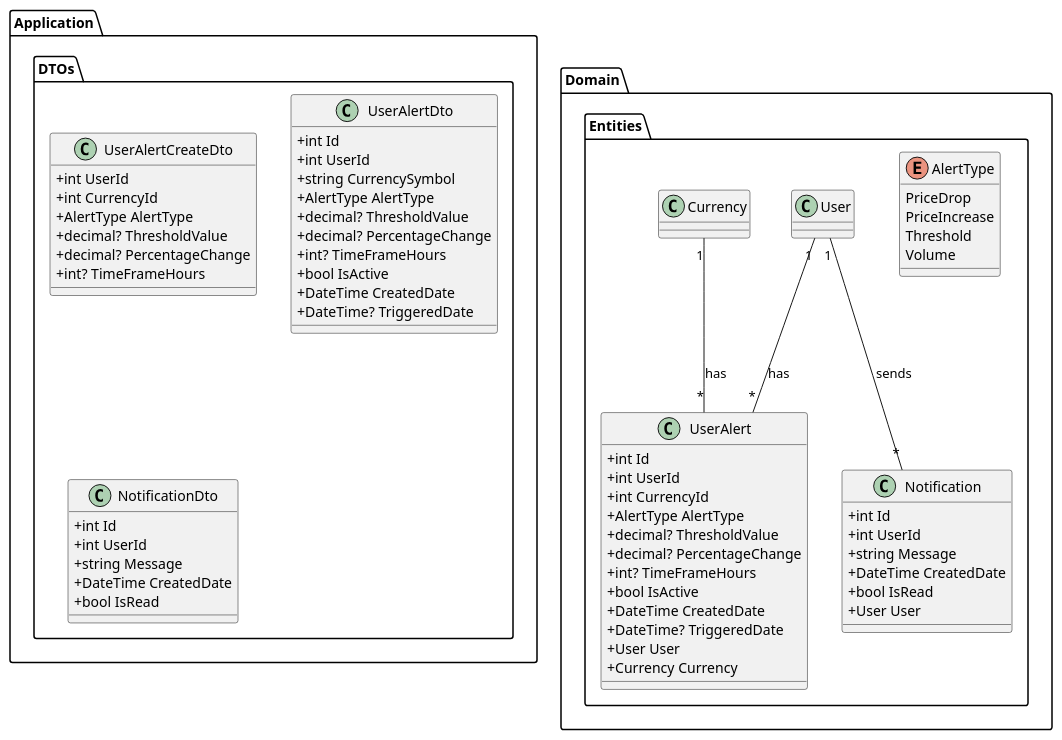
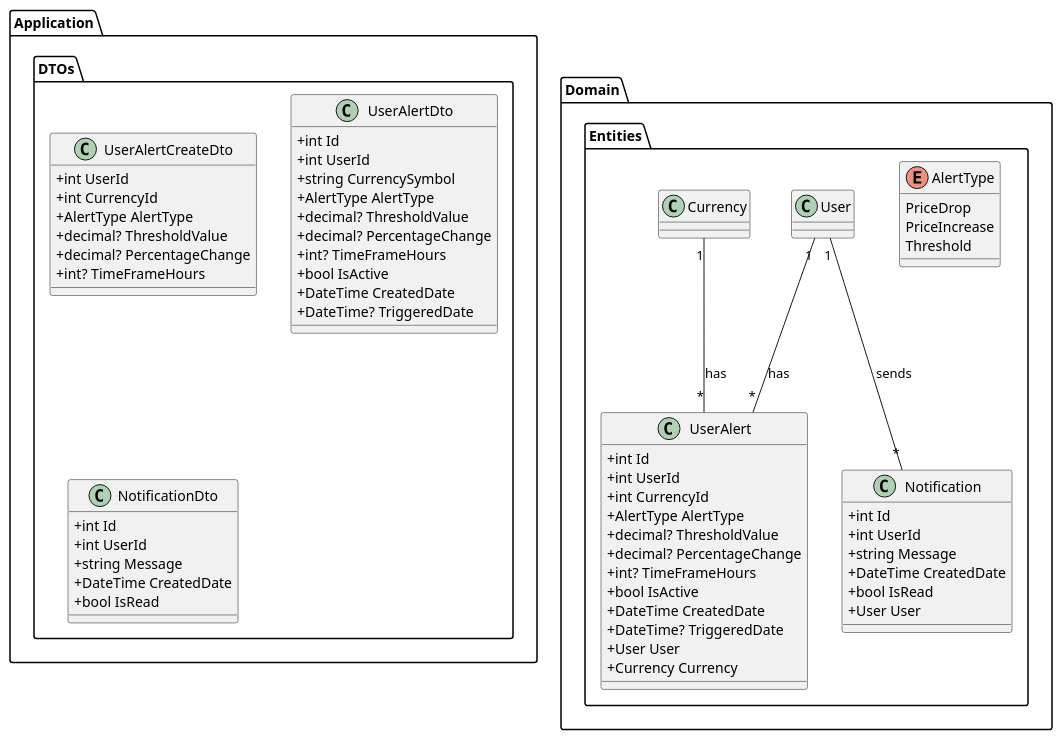
One commit to kacluc/GieudexPol changed the diagram in UML/Alerts_ClassDiagram.puml. Above: the diagram before and after it, drawn with PlantUML. The commit also changed 62 other files, not shown here.

```diff
--- a/UML/Alerts_ClassDiagram.puml
+++ b/UML/Alerts_ClassDiagram.puml
@@ -1,73 +1,72 @@
 @startuml
 skinparam classAttributeIconSize 0
 
 package "Domain.Entities" {
     enum AlertType {
         PriceDrop
         PriceIncrease
         Threshold
-        Volume
     }
 
     class UserAlert {
         + int Id
         + int UserId
         + int CurrencyId
         + AlertType AlertType
         + decimal? ThresholdValue
         + decimal? PercentageChange
         + int? TimeFrameHours
         + bool IsActive
         + DateTime CreatedDate
         + DateTime? TriggeredDate
         + User User
         + Currency Currency
     }
 
     class Notification {
         + int Id
         + int UserId
         + string Message
         + DateTime CreatedDate
         + bool IsRead
         + User User
     }
 
     User "1" -- "*" UserAlert : has
     Currency "1" -- "*" UserAlert : has
     User "1" -- "*" Notification : sends
 }
 
 package "Application.DTOs" {
     class UserAlertCreateDto {
         + int UserId
         + int CurrencyId
         + AlertType AlertType
         + decimal? ThresholdValue
         + decimal? PercentageChange
         + int? TimeFrameHours
     }
 
     class UserAlertDto {
         + int Id
         + int UserId
         + string CurrencySymbol
         + AlertType AlertType
         + decimal? ThresholdValue
         + decimal? PercentageChange
         + int? TimeFrameHours
         + bool IsActive
         + DateTime CreatedDate
         + DateTime? TriggeredDate
     }
 
     class NotificationDto {
         + int Id
         + int UserId
         + string Message
         + DateTime CreatedDate
         + bool IsRead
     }
 }
 
 @enduml
```
